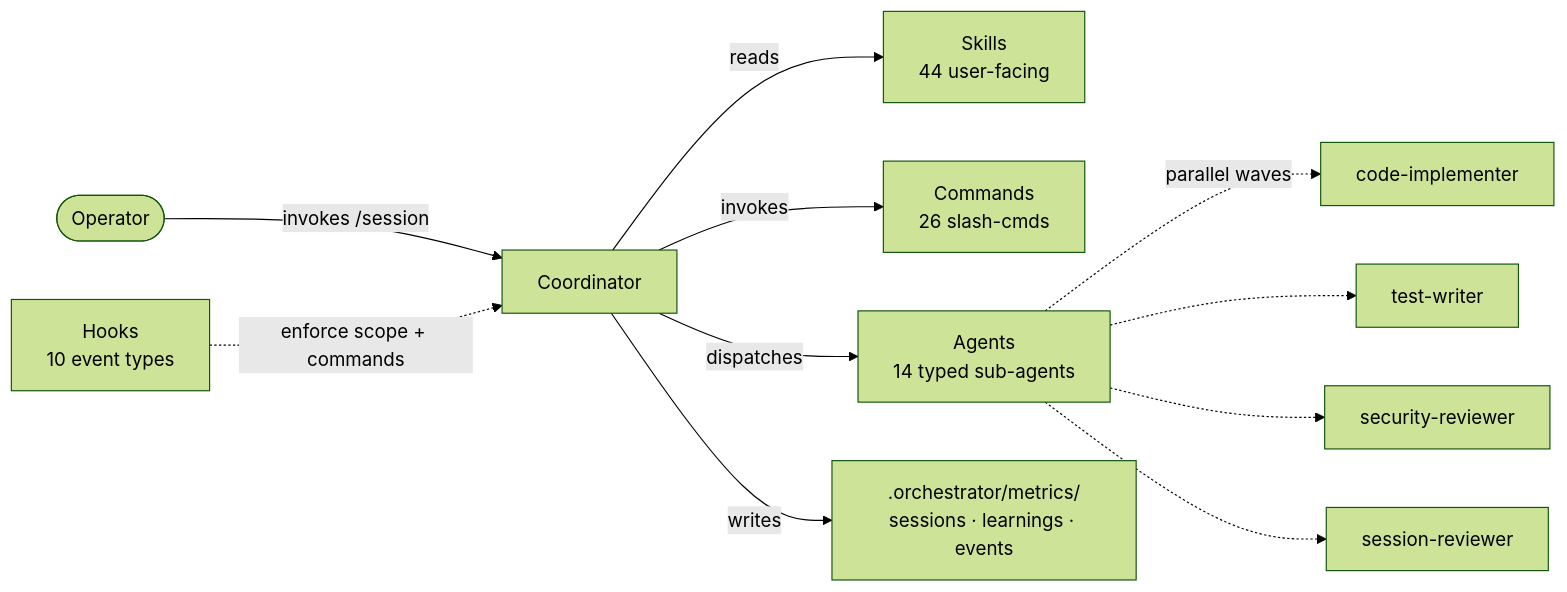
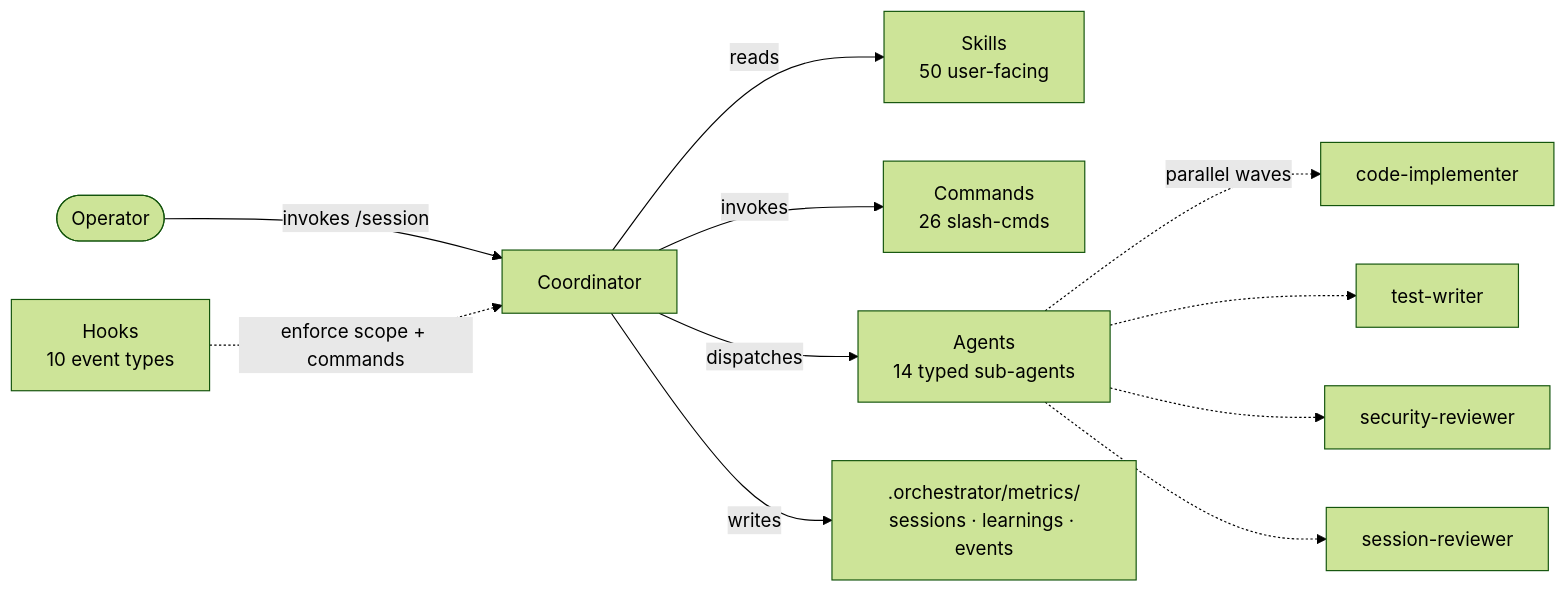
One commit to Kanevry/session-orchestrator changed the diagram in docs/components.md. Above: the diagram before and after it, drawn with Mermaid (forest theme). The commit also changed other lines of this file and 166 other files, not shown here.

````diff
--- a/docs/components.md
+++ b/docs/components.md
@@ -7,13 +7,13 @@
 ```mermaid
 flowchart LR
     USER([Operator]) -->|invokes /session| COORD[Coordinator]
-    COORD -->|reads| SK[Skills<br/>44 user-facing]
+    COORD -->|reads| SK[Skills<br/>50 user-facing]
     COORD -->|invokes| CMD[Commands<br/>26 slash-cmds]
     COORD -->|dispatches| AG[Agents<br/>14 typed sub-agents]
     AG -.->|parallel waves| W1[code-implementer]
     AG -.-> W2[test-writer]
     AG -.-> W3[security-reviewer]
     AG -.-> W4[session-reviewer]
     HOOK[Hooks<br/>10 event types] -.->|enforce scope + commands| COORD
     COORD -->|writes| METRIC[.orchestrator/metrics/<br/>sessions · learnings · events]
 ```
````
